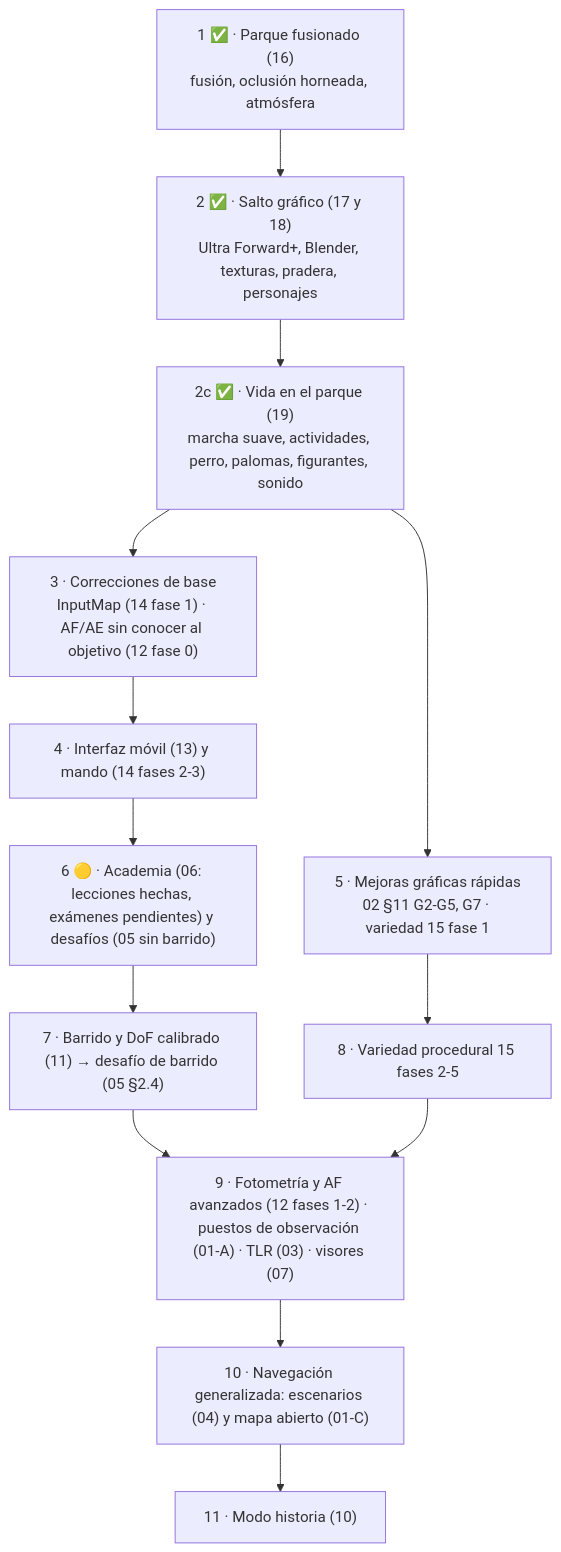
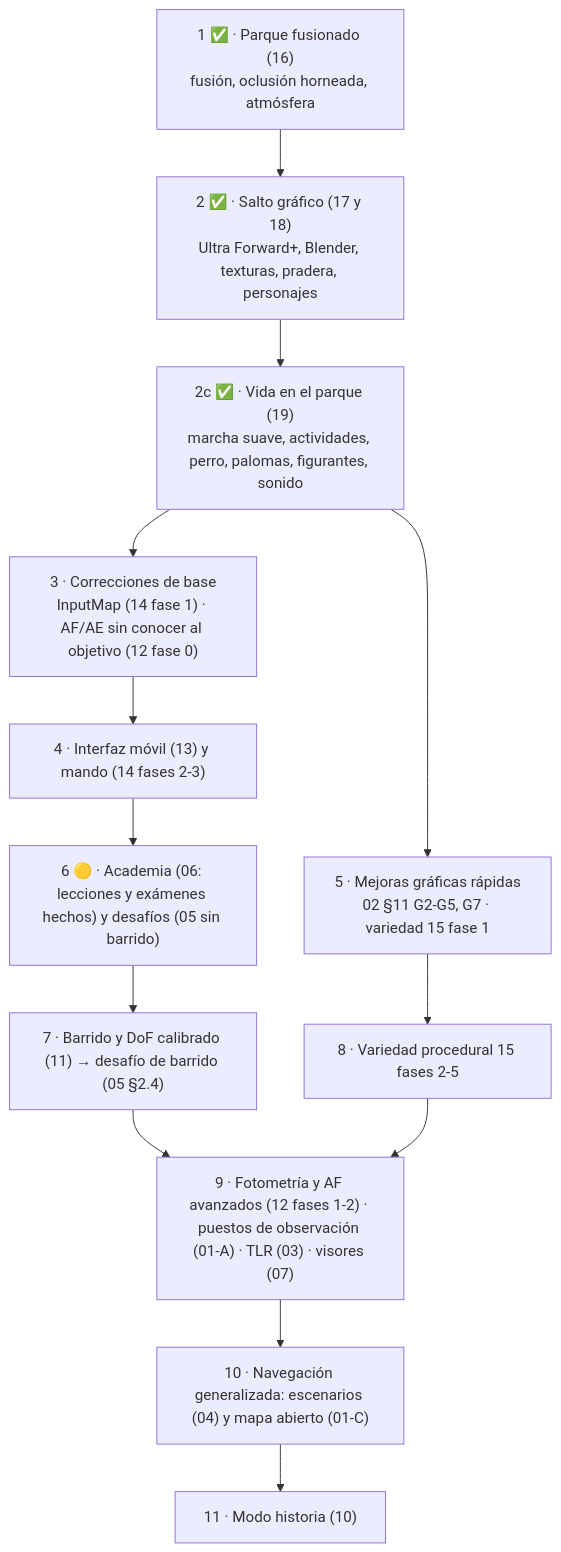
The diagram in docs/futuro/README.md (Ganso/proyecto-paparazzi), drawn with Mermaid before and after one commit. The commit also changed other lines of this file and 9 other files, not shown here.

Commit message:
feat: exámenes de la Academia con informe del tutor y título de graduado; OpenGL/móviles y modo Historia, al final de los pendientes

````diff
--- a/docs/futuro/README.md
+++ b/docs/futuro/README.md
@@ -109,15 +111,15 @@
 ```mermaid
 graph TD
     P1["1 ✅ · Parque fusionado (16)<br/>fusión, oclusión horneada, atmósfera"] --> P2
     P2["2 ✅ · Salto gráfico (17 y 18)<br/>Ultra Forward+, Blender, texturas, pradera, personajes"] --> P2C
     P2C["2c ✅ · Vida en el parque (19)<br/>marcha suave, actividades, perro, palomas, figurantes, sonido"] --> P3
     P2C --> P5
     P3["3 · Correcciones de base<br/>InputMap (14 fase 1) · AF/AE sin conocer al objetivo (12 fase 0)"] --> P4
     P4["4 · Interfaz móvil (13) y mando (14 fases 2-3)"] --> P6
     P5["5 · Mejoras gráficas rápidas<br/>02 §11 G2-G5, G7 · variedad 15 fase 1"] --> P8
-    P6["6 🟡 · Academia (06: lecciones hechas, exámenes pendientes) y desafíos (05 sin barrido)"] --> P7
+    P6["6 🟡 · Academia (06: lecciones y exámenes hechos) y desafíos (05 sin barrido)"] --> P7
     P7["7 · Barrido y DoF calibrado (11) → desafío de barrido (05 §2.4)"] --> P9
     P8["8 · Variedad procedural 15 fases 2-5"] --> P9
     P9["9 · Fotometría y AF avanzados (12 fases 1-2) · puestos de observación (01-A) · TLR (03) · visores (07)"] --> P10
     P10["10 · Navegación generalizada: escenarios (04) y mapa abierto (01-C)"] --> P11["11 · Modo historia (10)"]
 ```
````
